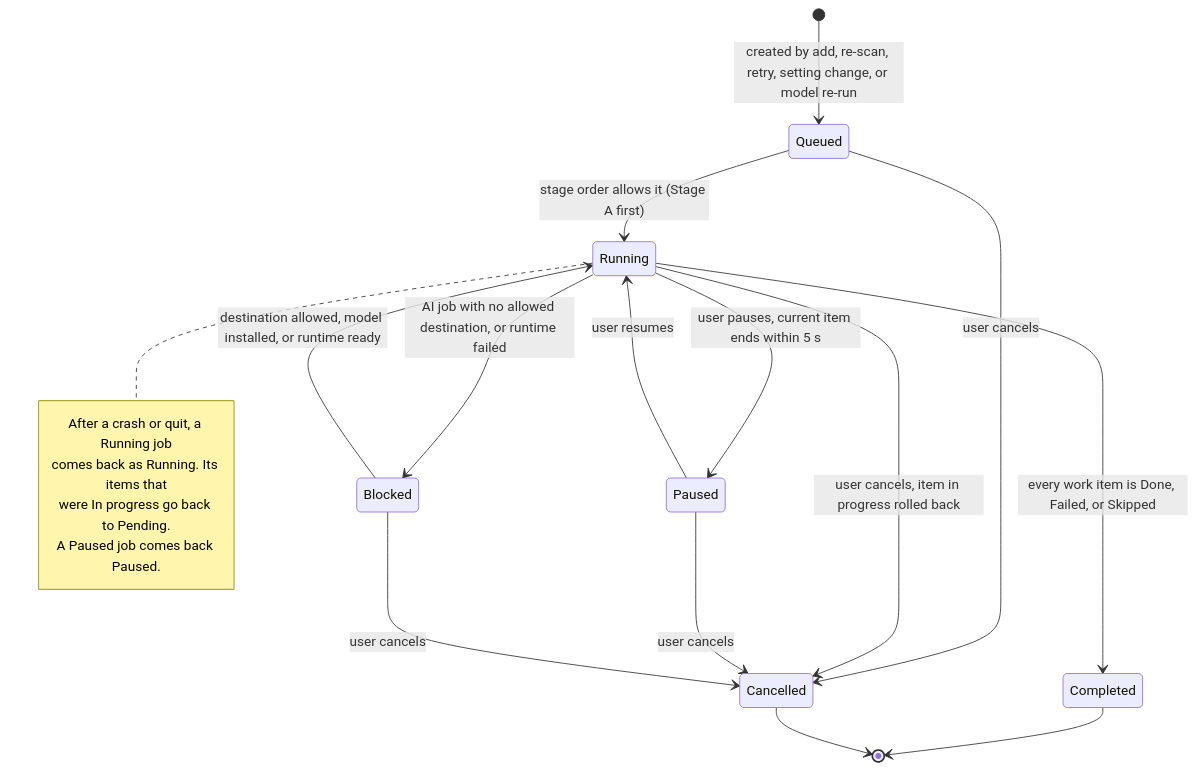
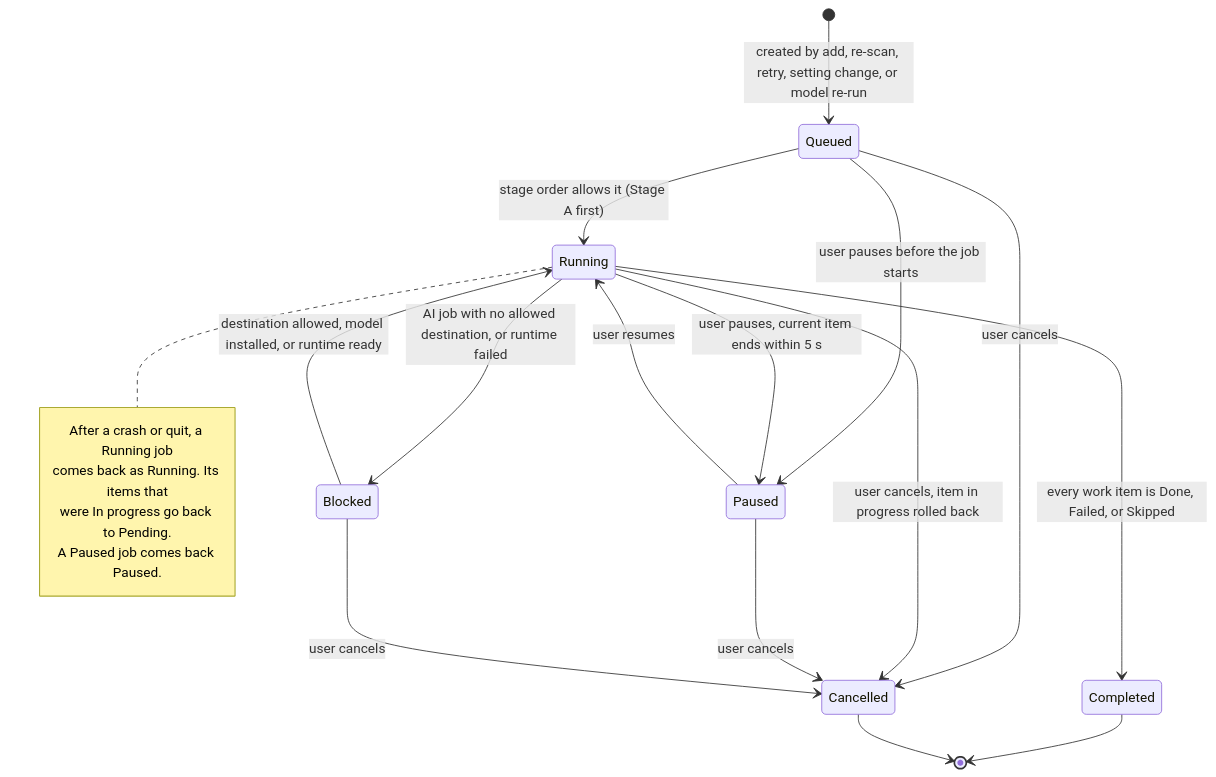
The fifth of 13 diagrams in docs/04-domain.md (EugeneDumanskyi/mangkon-ai), drawn with Mermaid before and after one commit. The commit also changed other lines of this file and 82 other files, not shown here.

````diff
--- a/docs/04-domain.md
+++ b/docs/04-domain.md
@@ -704,23 +716,24 @@
 ```mermaid
 stateDiagram-v2
     [*] --> Queued : created by add, re-scan, retry, setting change, or model re-run
     Queued --> Running : stage order allows it (Stage A first)
+    Queued --> Paused : user pauses before the job starts
     Running --> Paused : user pauses, current item ends within 5 s
     Paused --> Running : user resumes
     Running --> Blocked : AI job with no allowed destination, or runtime failed
     Blocked --> Running : destination allowed, model installed, or runtime ready
     Running --> Completed : every work item is Done, Failed, or Skipped
     Queued --> Cancelled : user cancels
     Running --> Cancelled : user cancels, item in progress rolled back
     Paused --> Cancelled : user cancels
     Blocked --> Cancelled : user cancels
     Completed --> [*]
     Cancelled --> [*]
 
     note right of Running
         After a crash or quit, a Running job
         comes back as Running. Its items that
         were In progress go back to Pending.
         A Paused job comes back Paused.
     end note
 ```
````
